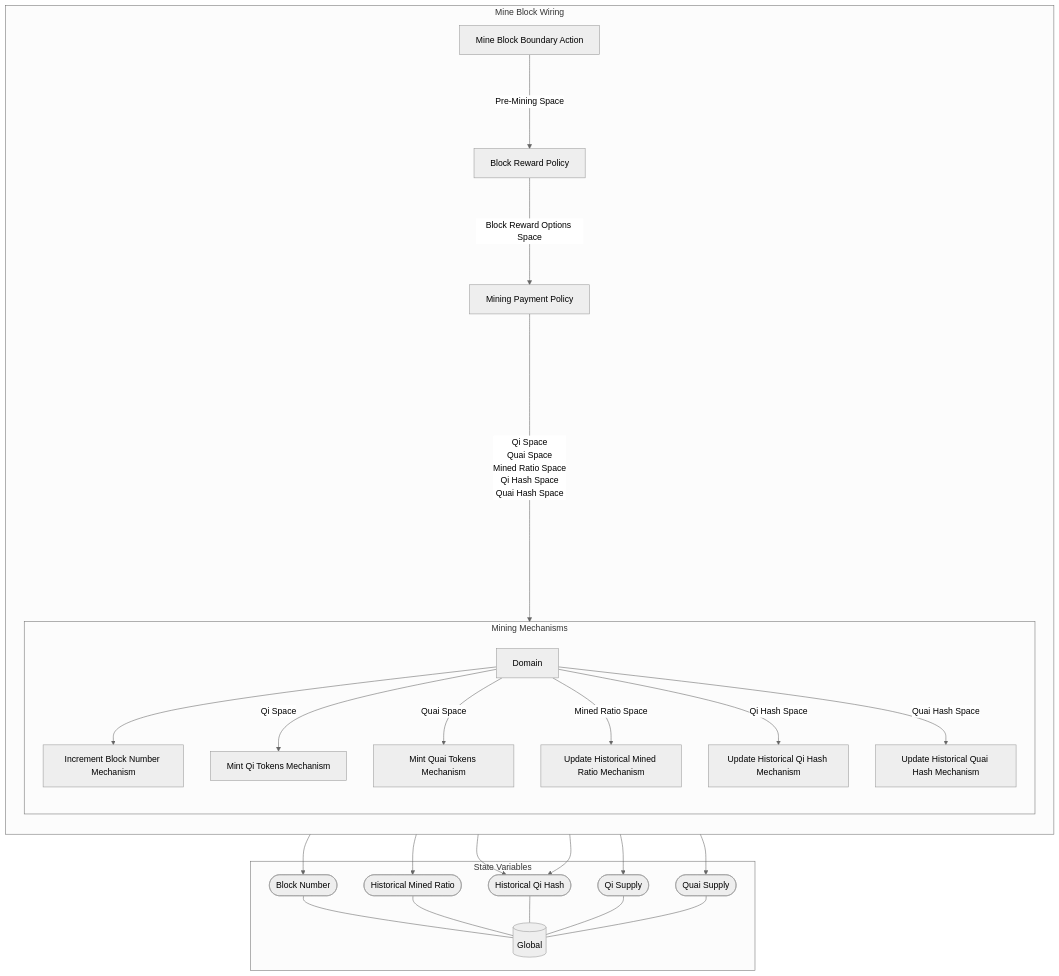
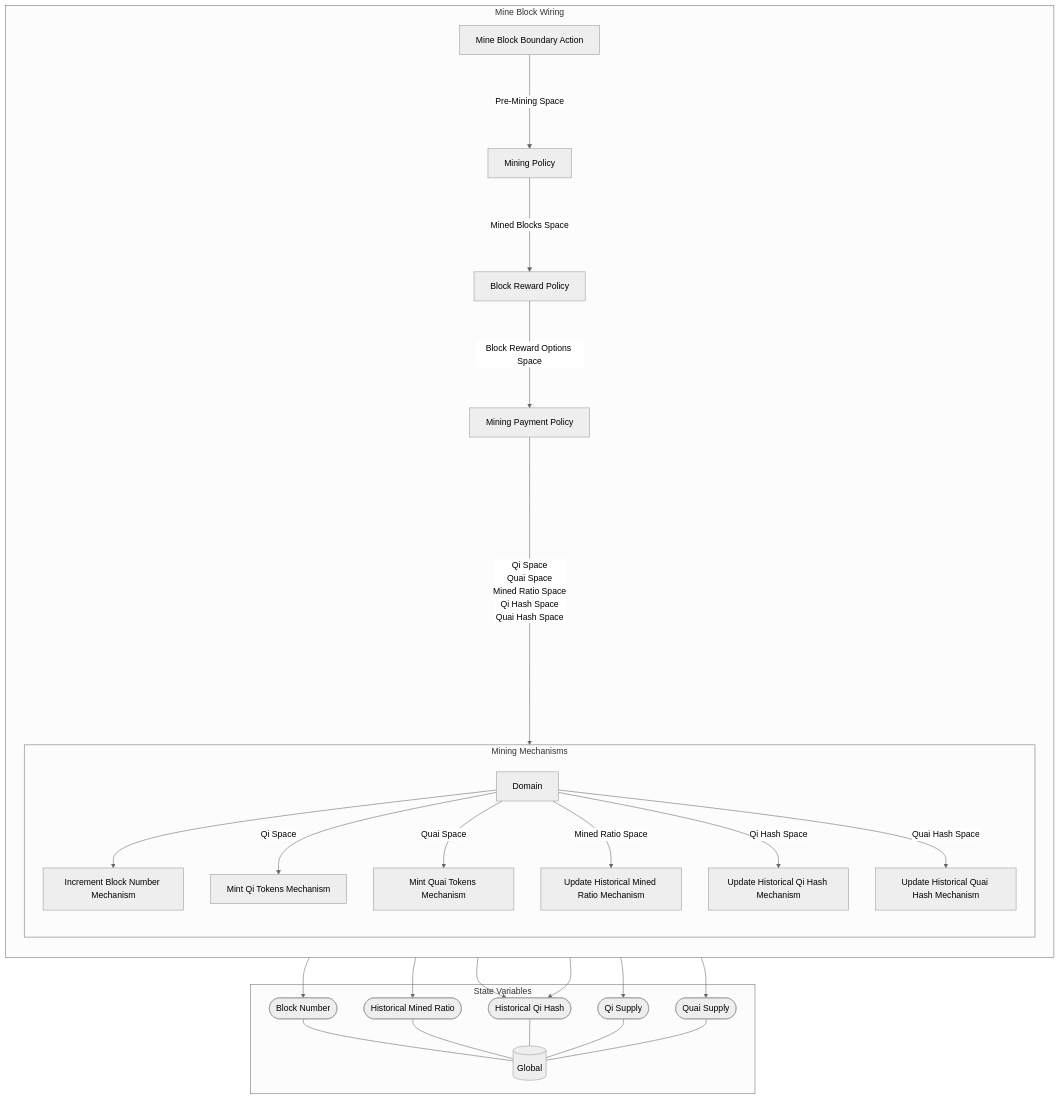
One commit to dominant-strategies/Quai-Macro-Model changed the diagram in Spec/obsidian/Wiring/Mine Block Wiring.md. Above: the diagram before and after it, drawn with Mermaid (neutral theme). The commit also changed other lines of this file and 35 other files, not shown here.

Commit message:
Mine policy

````diff
--- a/Spec/obsidian/Wiring/Mine Block Wiring.md
+++ b/Spec/obsidian/Wiring/Mine Block Wiring.md
@@ -3,56 +3,58 @@
 ```mermaid
 graph TB
 
 subgraph SVS["State Variables"]
 EE0[("Global")]
 EES0(["Block Number"])
 EES0 --- EE0
 EES1(["Historical Mined Ratio"])
 EES1 --- EE0
 EES2(["Historical Qi Hash"])
 EES2 --- EE0
 EES3(["Qi Supply"])
 EES3 --- EE0
 EES4(["Quai Supply"])
 EES4 --- EE0
 end
 
-subgraph X13["Mine Block Wiring"]
+subgraph X14["Mine Block Wiring"]
 direction TB
 X1["Mine Block Boundary Action"]
-X2["Block Reward Policy"]
-X3["Mining Payment Policy"]
-subgraph X12["Mining Mechanisms"]
+X2["Mining Policy"]
+X3["Block Reward Policy"]
+X4["Mining Payment Policy"]
+subgraph X13["Mining Mechanisms"]
 direction TB
-X4["Increment Block Number Mechanism"]
-X4 --> EES0
-X5["Mint Qi Tokens Mechanism"]
-X5 --> EES3
-X6["Mint Quai Tokens Mechanism"]
-X6 --> EES4
-X7["Update Historical Mined Ratio Mechanism"]
-X7 --> EES1
-X8["Update Historical Qi Hash Mechanism"]
-X8 --> EES2
-X9["Update Historical Quai Hash Mechanism"]
+X5["Increment Block Number Mechanism"]
+X5 --> EES0
+X6["Mint Qi Tokens Mechanism"]
+X6 --> EES3
+X7["Mint Quai Tokens Mechanism"]
+X7 --> EES4
+X8["Update Historical Mined Ratio Mechanism"]
+X8 --> EES1
+X9["Update Historical Qi Hash Mechanism"]
 X9 --> EES2
-X10[Domain]
+X10["Update Historical Quai Hash Mechanism"]
+X10 --> EES2
+X11[Domain]
 
 direction LR
 direction TB
-X10 --> X4
-X10 --"Qi Space"--> X5
-X10 --"Quai Space"--> X6
-X10 --"Mined Ratio Space"--> X7
-X10 --"Qi Hash Space"--> X8
-X10 --"Quai Hash Space"--> X9
+X11 --> X5
+X11 --"Qi Space"--> X6
+X11 --"Quai Space"--> X7
+X11 --"Mined Ratio Space"--> X8
+X11 --"Qi Hash Space"--> X9
+X11 --"Quai Hash Space"--> X10
 end
 X1--"Pre-Mining Space"--->X2
-X2--"Block Reward Options Space"--->X3
-X3--"Qi Space
+X2--"Mined Blocks Space"--->X3
+X3--"Block Reward Options Space"--->X4
+X4--"Qi Space
 Quai Space
 Mined Ratio Space
 Qi Hash Space
-Quai Hash Space"------->X12
+Quai Hash Space"------->X13
 end
 ```
````
